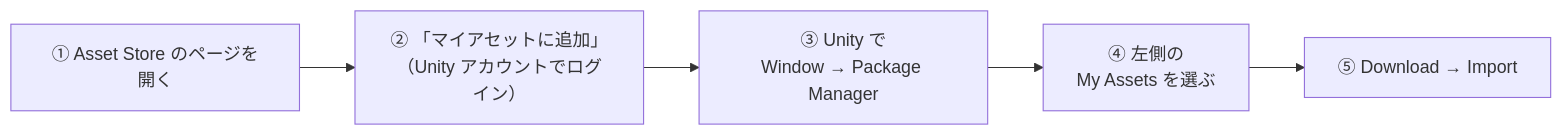
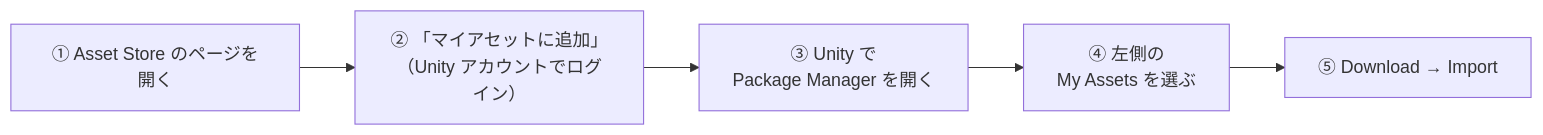
One commit to M-634/unity-game-dev-advance-docs.github.io changed the diagram in docs/lessons/assets.md. Above: the diagram before and after it, drawn with Mermaid. The commit also changed other lines of this file and 23 other files, not shown here.

````diff
--- a/docs/lessons/assets.md
+++ b/docs/lessons/assets.md
@@ -49,7 +49,7 @@
 ```mermaid
 flowchart LR
     A["① Asset Store のページを開く"] --> B["② 「マイアセットに追加」<br>（Unity アカウントでログイン）"]
-    B --> C["③ Unity で<br>Window → Package Manager"]
+    B --> C["③ Unity で<br>Package Manager を開く"]
     C --> D["④ 左側の<br>My Assets を選ぶ"]
     D --> E["⑤ Download → Import"]
 ```
````
